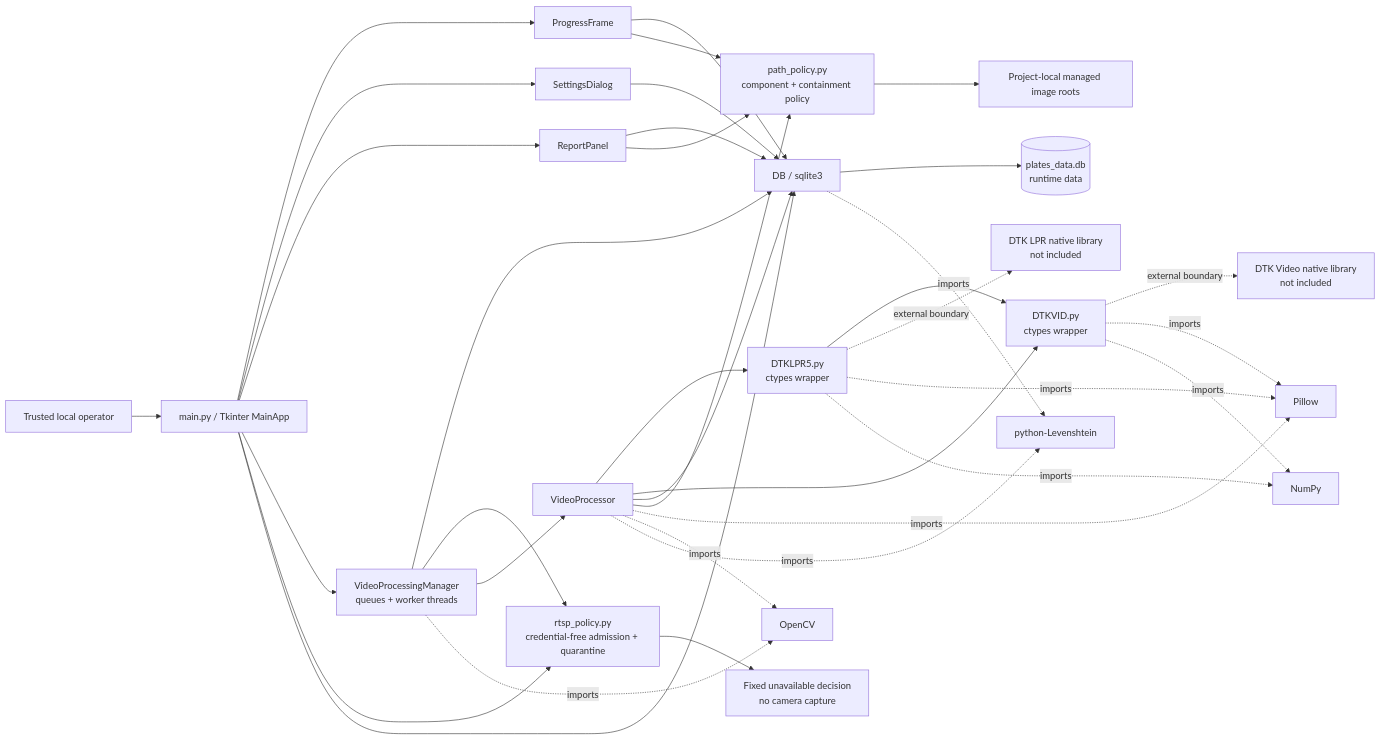
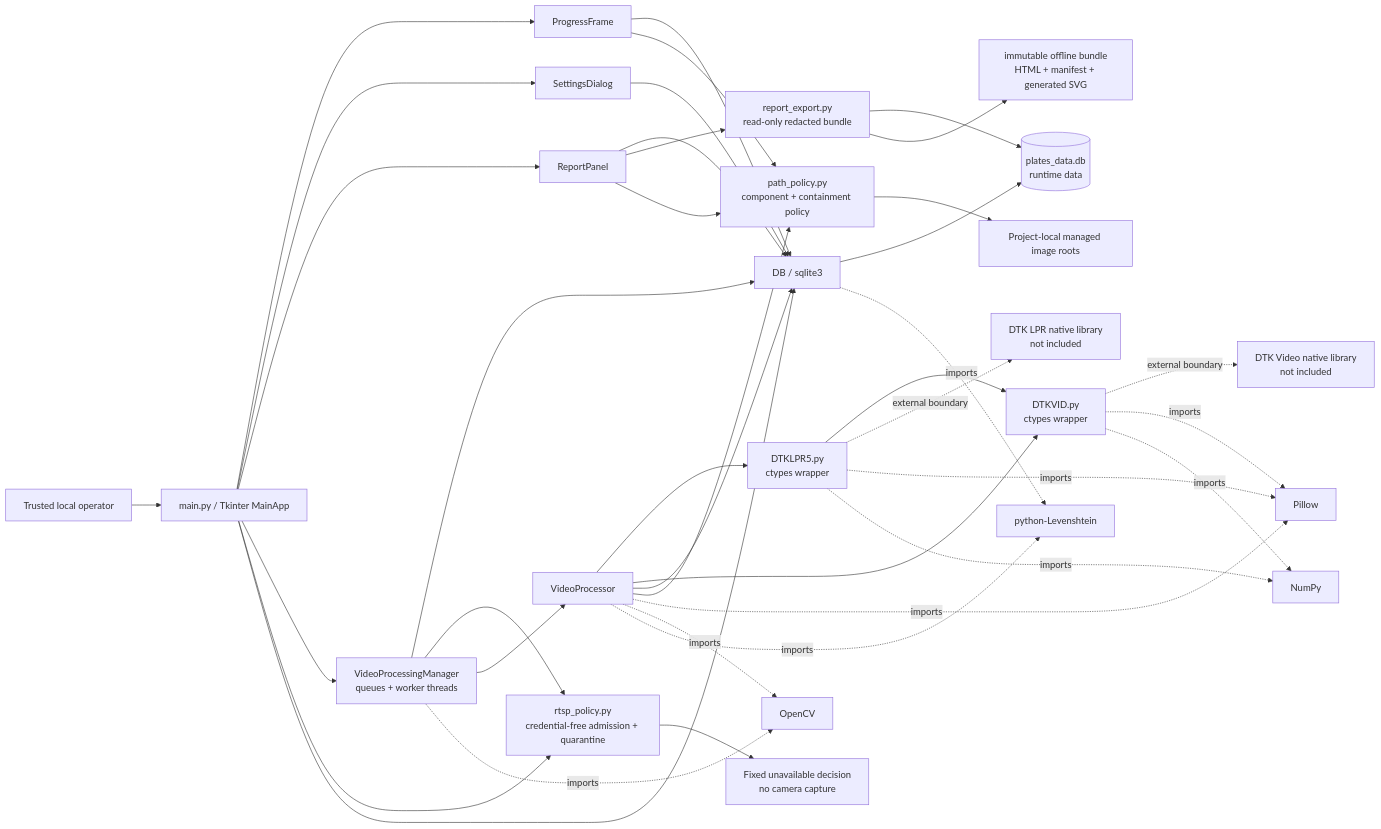
Before and after one commit to omar07ibrahim/CorporateHub: the diagram in README.md, drawn with Mermaid. The commit also changed other lines of this file and 5 other files, not shown here.

Commit message:
Replace unsafe HTML export with redacted bundles

````diff
--- a/README.md
+++ b/README.md
@@ -28,40 +28,43 @@
 ```mermaid
 flowchart LR
     Operator["Trusted local operator"] --> GUI["main.py / Tkinter MainApp"]
     GUI --> Progress["ProgressFrame"]
     GUI --> Settings["SettingsDialog"]
     GUI --> Reports["ReportPanel"]
     GUI --> Manager["VideoProcessingManager<br/>queues + worker threads"]
     GUI --> RTSPPolicy["rtsp_policy.py<br/>credential-free admission + quarantine"]
     Manager --> DB
     Manager --> RTSPPolicy
     RTSPPolicy --> Quarantine["Fixed unavailable decision<br/>no camera capture"]
 
     Manager --> Processor["VideoProcessor"]
     Processor --> LPRWrapper["DTKLPR5.py<br/>ctypes wrapper"]
     Processor --> VIDWrapper["DTKVID.py<br/>ctypes wrapper"]
     LPRWrapper --> VIDWrapper
     LPRWrapper -. "external boundary" .-> NativeLPR["DTK LPR native library<br/>not included"]
     VIDWrapper -. "external boundary" .-> NativeVideo["DTK Video native library<br/>not included"]
 
     GUI --> DB["DB / sqlite3"]
     Progress --> DB
     Settings --> DB
     Reports --> DB
+    Reports --> ReportExport["report_export.py<br/>read-only redacted bundle"]
     Processor --> DB
     DB --> SQLite[("plates_data.db<br/>runtime data")]
+    ReportExport --> SQLite
+    ReportExport --> ReportBundle["immutable offline bundle<br/>HTML + manifest + generated SVG"]
     Processor --> PathPolicy["path_policy.py<br/>component + containment policy"]
     Progress --> PathPolicy
     Reports --> PathPolicy
     PathPolicy --> Images["Project-local managed image roots"]
 
     Processor -. imports .-> Pillow["Pillow"]
     Processor -. imports .-> OpenCV["OpenCV"]
     Processor -. imports .-> Levenshtein["python-Levenshtein"]
     Manager -. imports .-> OpenCV
     DB -. imports .-> Levenshtein
     LPRWrapper -. imports .-> Pillow
     LPRWrapper -. imports .-> NumPy["NumPy"]
     VIDWrapper -. imports .-> Pillow
     VIDWrapper -. imports .-> NumPy
 ```
````
